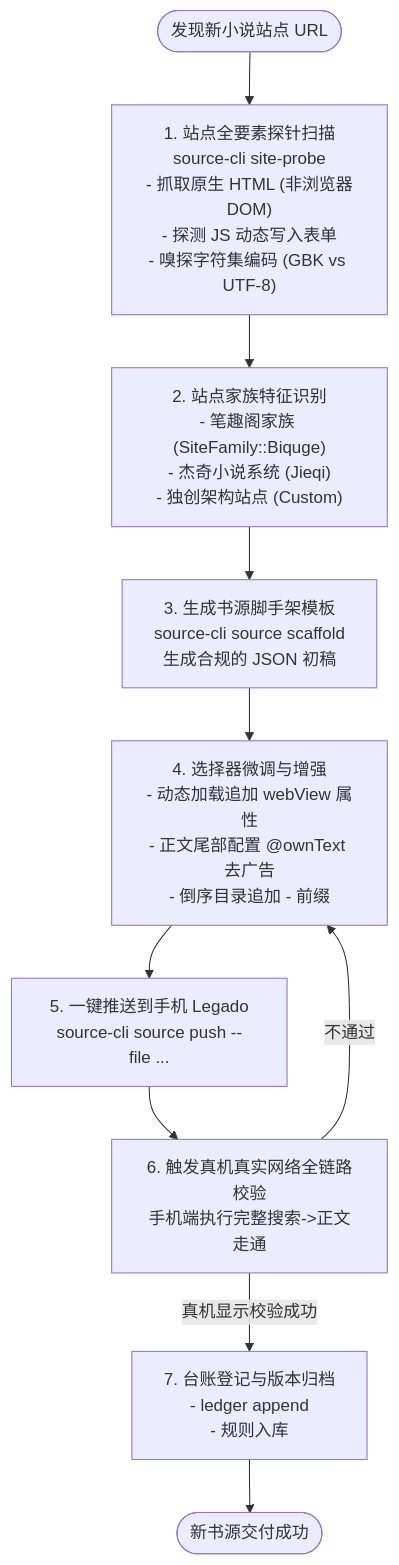
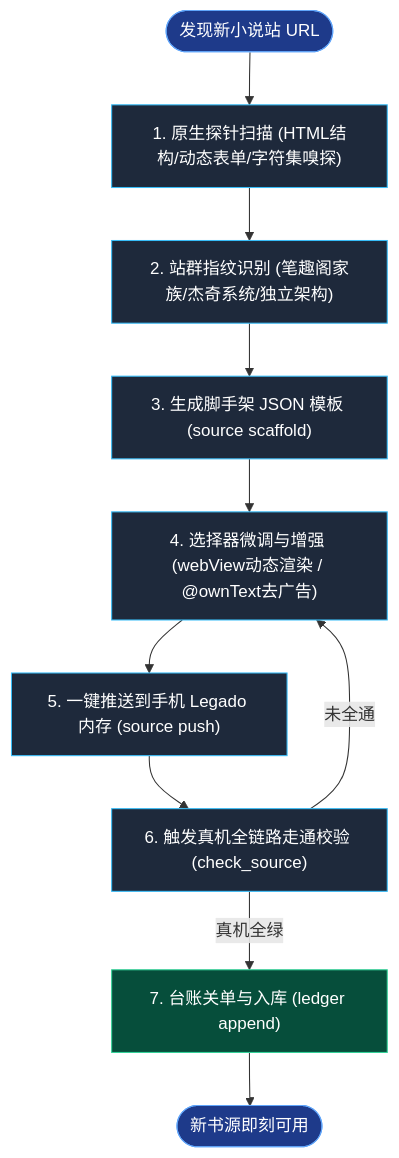
One commit to h11128/legado-cli changed the third of 5 diagrams in docs/reference/flow-architecture-and-dispatch.md. Above: the diagram before and after it, drawn with Mermaid. The commit also changed other lines of this file and 2 other files, not shown here.

Commit message:
docs(readme): 优化双语README架构调度图高对比色彩与紧凑流程管道 closes #1134

````diff
--- a/docs/reference/flow-architecture-and-dispatch.md
+++ b/docs/reference/flow-architecture-and-dispatch.md
@@ -69,18 +119,16 @@
 ```mermaid
-graph TD
-    Start(["发现新小说站点 URL"]) --> Probe["1. 站点全要素探针扫描<br/>source-cli site-probe<br/>- 抓取原生 HTML (非浏览器DOM)<br/>- 探测 JS 动态写入表单<br/>- 嗅探字符集编码 (GBK vs UTF-8)"]
-    
-    Probe --> Identify["2. 站点家族特征识别<br/>- 笔趣阁家族 (SiteFamily::Biquge)<br/>- 杰奇小说系统 (Jieqi)<br/>- 独创架构站点 (Custom)"]
-    
-    Identify --> Scaffold["3. 生成书源脚手架模板<br/>source-cli source scaffold<br/>生成合规的 JSON 初稿"]
-    
-    Scaffold --> Refine["4. 选择器微调与增强<br/>- 动态加载追加 webView 属性<br/>- 正文尾部配置 @ownText 去广告<br/>- 倒序目录追加 - 前缀"]
-    
-    Refine --> Push["5. 一键推送到手机 Legado<br/>source-cli source push --file ..."]
-    
-    Push --> Verify["6. 触发真机真实网络全链路校验<br/>手机端执行完整搜索->正文走通"]
-    
-    Verify --"不通过"--> Refine
-    Verify --"真机显示校验成功"--> Closeout["7. 台账登记与版本归档<br/>- ledger append<br/>- 规则入库"]
-    Closeout --> End(["新书源交付成功"])
+flowchart TD
+    classDef startNode fill:#1e3a8a,stroke:#60a5fa,color:#fff;
+    classDef coreNode fill:#1e293b,stroke:#38bdf8,color:#fff;
+    classDef successNode fill:#064e3b,stroke:#34d399,color:#fff;
+
+    Start(["发现新小说站 URL"]):::startNode --> Probe["1. 原生探针扫描 (HTML结构/动态表单/字符集嗅探)"]:::coreNode
+    Probe --> Identify["2. 站群指纹识别 (笔趣阁家族/杰奇系统/独立架构)"]:::coreNode
+    Identify --> Scaffold["3. 生成脚手架 JSON 模板 (source scaffold)"]:::coreNode
+    Scaffold --> Refine["4. 选择器微调与增强 (webView动态渲染 / @ownText去广告)"]:::coreNode
+    Refine --> Push["5. 一键推送到手机 Legado 内存 (source push)"]:::coreNode
+    Push --> Verify["6. 触发真机全链路走通校验 (check_source)"]:::coreNode
+    Verify --"未全通"--> Refine
+    Verify --"真机全绿"--> Closeout["7. 台账关单与入库 (ledger append)"]:::successNode
+    Closeout --> End(["新书源即刻可用"]):::startNode
 ```
````
